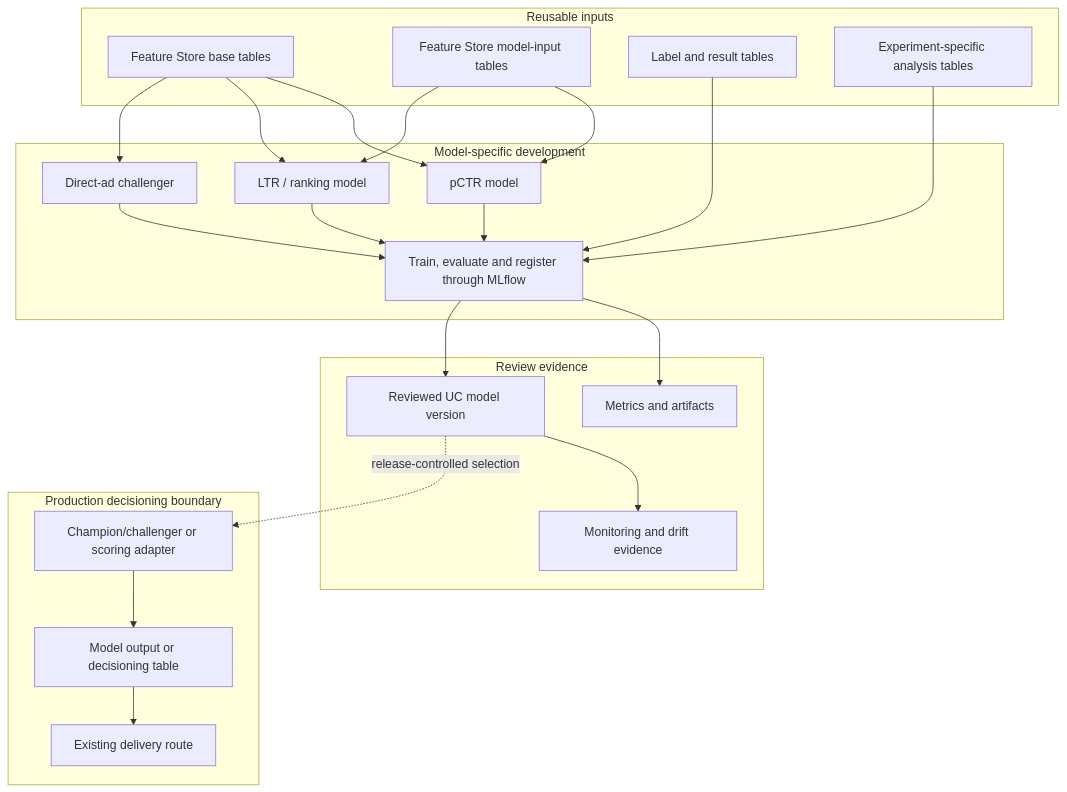
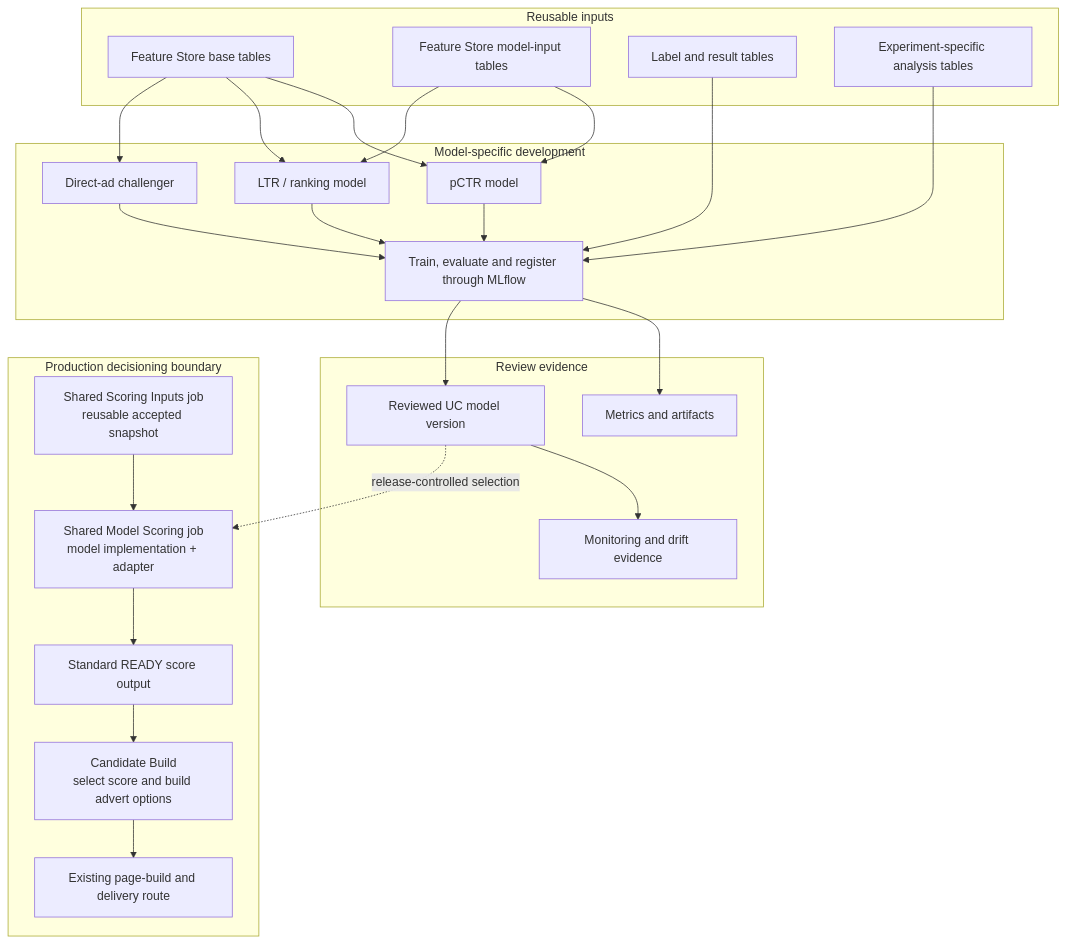
One commit to swblain-glyndwr/personal_project changed the diagram in docs/architecture/future_model_adoption.md. Above: the diagram before and after it, drawn with Mermaid. The commit also changed other lines of this file and 18 other files, not shown here.

Commit message:
Separate shared scoring inputs from candidate build

````diff
--- a/docs/architecture/future_model_adoption.md
+++ b/docs/architecture/future_model_adoption.md
@@ -14,46 +14,48 @@
 ```mermaid
 flowchart TD
   subgraph inputs["Reusable inputs"]
     fs_base["Feature Store base tables"]
     fs_model["Feature Store model-input tables"]
     labels["Label and result tables"]
     experiments["Experiment-specific analysis tables"]
   end
 
   subgraph model["Model-specific development"]
     pctr["pCTR model"]
     ltr["LTR / ranking model"]
     direct["Direct-ad challenger"]
     train["Train, evaluate and register through MLflow"]
   end
 
   subgraph evidence["Review evidence"]
     metrics["Metrics and artifacts"]
     model_version["Reviewed UC model version"]
     monitor["Monitoring and drift evidence"]
   end
 
   subgraph decisioning["Production decisioning boundary"]
-    adapter["Champion/challenger or scoring adapter"]
-    output["Model output or decisioning table"]
-    delivery["Existing delivery route"]
+    shared_inputs["Shared Scoring Inputs job<br/>reusable accepted snapshot"]
+    adapter["Shared Model Scoring job<br/>model implementation + adapter"]
+    output["Standard READY score output"]
+    candidate["Candidate Build<br/>select score and build advert options"]
+    delivery["Existing page-build and delivery route"]
   end
 
   fs_base --> pctr
   fs_model --> pctr
   fs_base --> ltr
   fs_model --> ltr
   fs_base --> direct
   labels --> train
   experiments --> train
 
   pctr --> train
   ltr --> train
   direct --> train
   train --> metrics
   train --> model_version
   model_version --> monitor
 
   model_version -. "release-controlled selection" .-> adapter
-  adapter --> output --> delivery
+  shared_inputs --> adapter --> output --> candidate --> delivery
 ```
````
